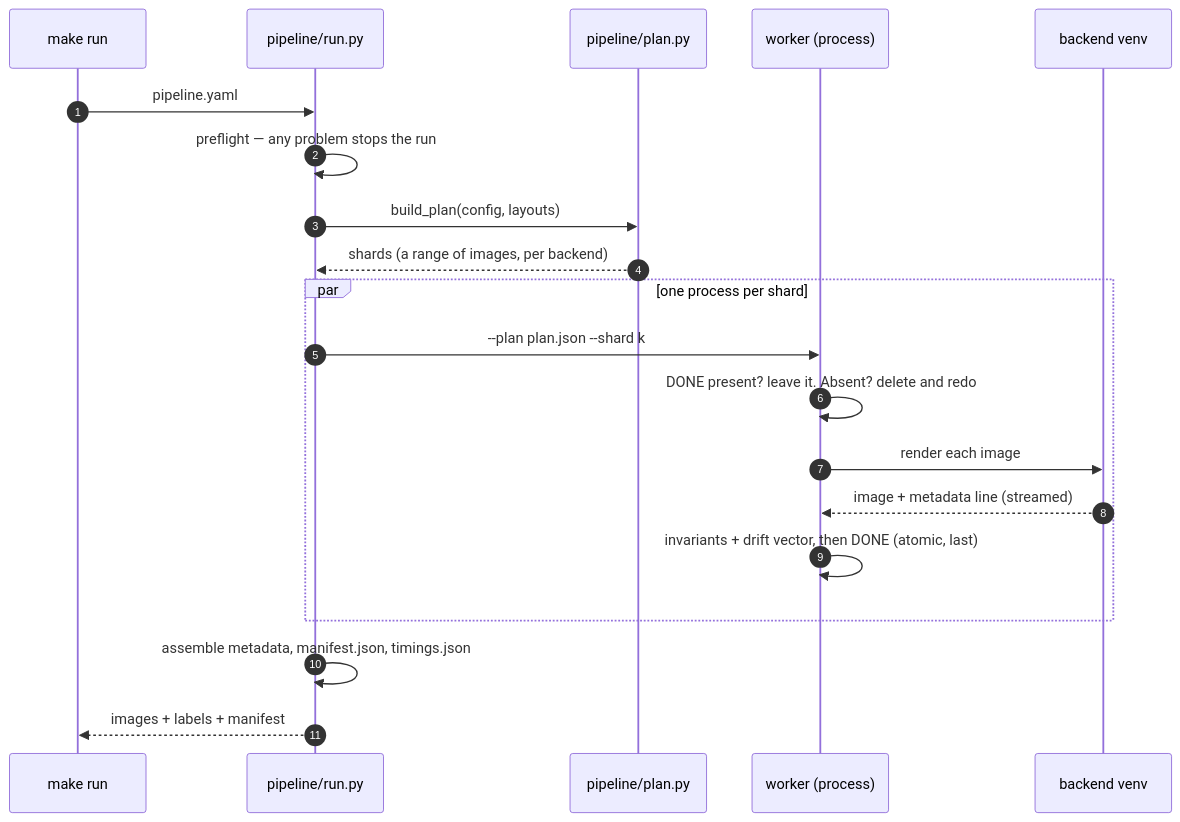
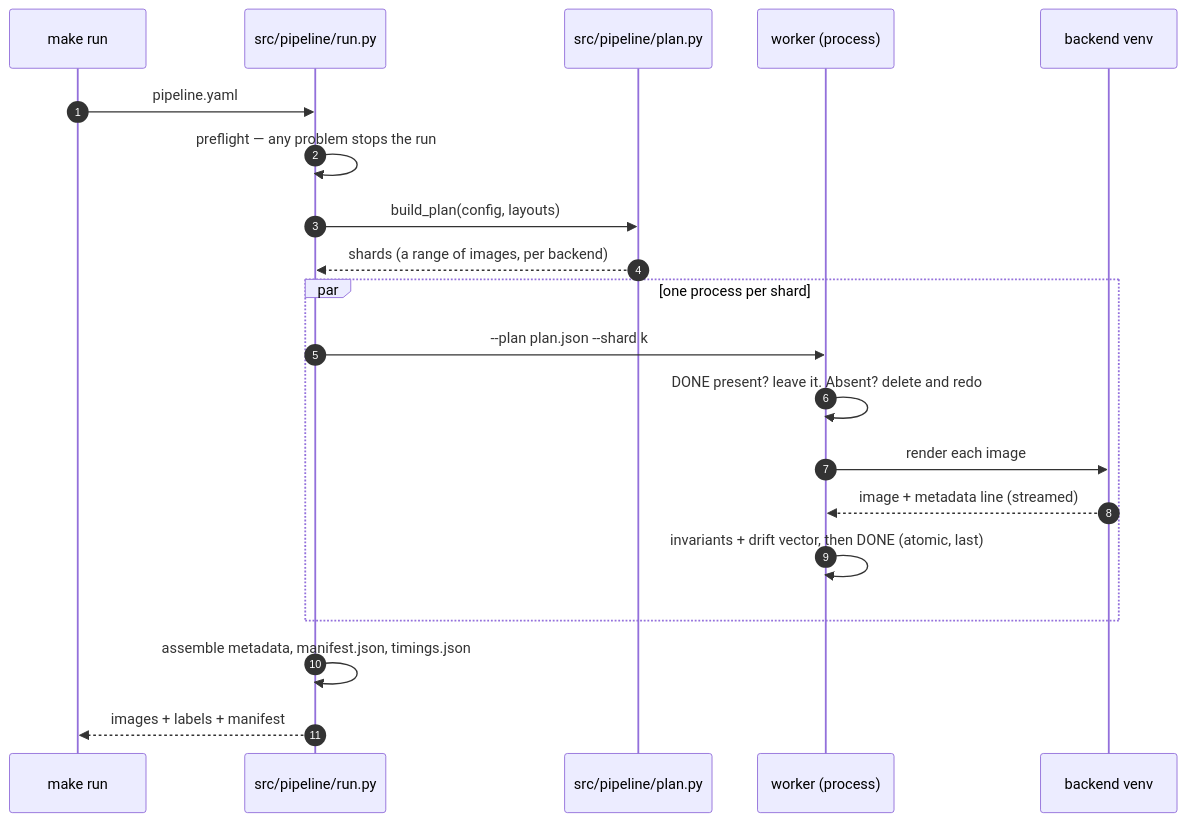
The fourth of 9 diagrams in README.md (LinhPhuong14/vlm-ocr-synthetic), drawn with Mermaid before and after one commit. The commit also changed other lines of this file and 682 other files, not shown here.

````diff
--- a/README.md
+++ b/README.md
@@ -179,23 +180,23 @@
 ```mermaid
 sequenceDiagram
     autonumber
     participant U as make run
-    participant R as pipeline/run.py
-    participant P as pipeline/plan.py
+    participant R as src/pipeline/run.py
+    participant P as src/pipeline/plan.py
     participant W as worker (process)
     participant B as backend venv
 
     U->>R: pipeline.yaml
     R->>R: preflight — any problem stops the run
     R->>P: build_plan(config, layouts)
     P-->>R: shards (a range of images, per backend)
     par one process per shard
         R->>W: --plan plan.json --shard k
         W->>W: DONE present? leave it. Absent? delete and redo
         W->>B: render each image
         B-->>W: image + metadata line (streamed)
         W->>W: invariants + drift vector, then DONE (atomic, last)
     end
     R->>R: assemble metadata, manifest.json, timings.json
     R-->>U: images + labels + manifest
 ```
````
